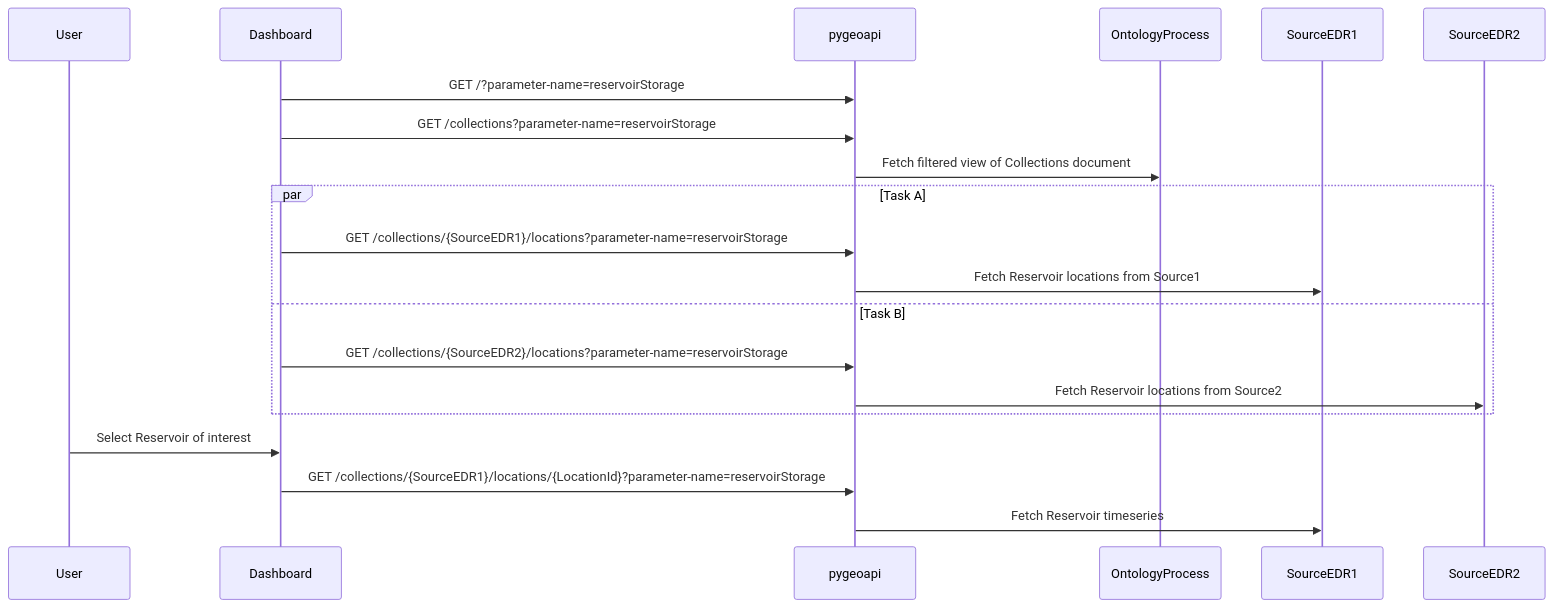
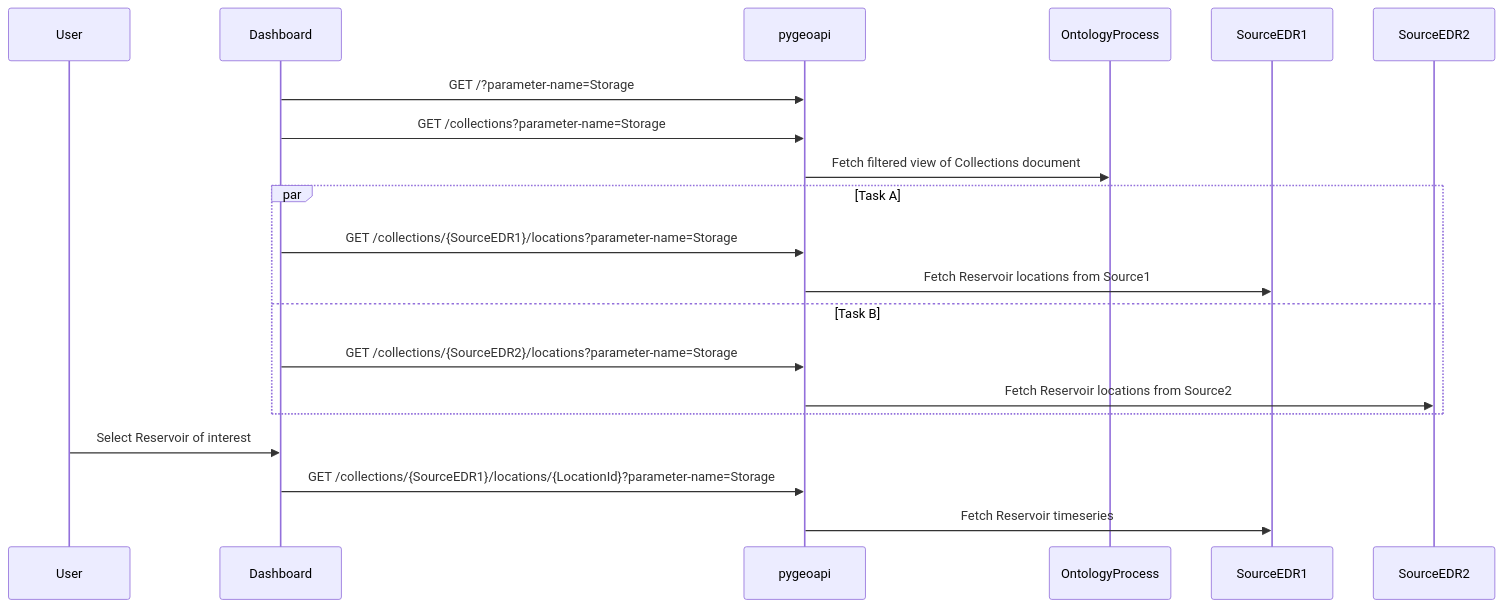
One commit to internetofwater/Western-Water-Datahub changed the third of 4 diagrams in docs/ontology.md. Above: the diagram before and after it, drawn with Mermaid. The commit also changed other lines of this file and 2 other files, not shown here.

Commit message:
Update ontology terms

````diff
--- a/docs/ontology.md
+++ b/docs/ontology.md
@@ -52,28 +52,28 @@
 ```mermaid
 sequenceDiagram
     participant User
     participant Dashboard
     participant pygeoapi
     participant OntologyProcess
     participant SourceEDR1
     participant SourceEDR2
 
     %% Initial discovery via process execution
-    Dashboard->>pygeoapi: GET /?parameter-name=reservoirStorage
-    Dashboard->>pygeoapi: GET /collections?parameter-name=reservoirStorage
+    Dashboard->>pygeoapi: GET /?parameter-name=Storage
+    Dashboard->>pygeoapi: GET /collections?parameter-name=Storage
     pygeoapi->>OntologyProcess: Fetch filtered view of Collections document
 
     %% Loop over URLs to GeoJSON of Reservoirs
     par Task A
-        Dashboard->>pygeoapi: GET /collections/{SourceEDR1}/locations?parameter-name=reservoirStorage
+        Dashboard->>pygeoapi: GET /collections/{SourceEDR1}/locations?parameter-name=Storage
         pygeoapi->>SourceEDR1: Fetch Reservoir locations from Source1
     and Task B
-        Dashboard->>pygeoapi: GET /collections/{SourceEDR2}/locations?parameter-name=reservoirStorage
+        Dashboard->>pygeoapi: GET /collections/{SourceEDR2}/locations?parameter-name=Storage
         pygeoapi->>SourceEDR2: Fetch Reservoir locations from Source2
 
     end
 
     User->>Dashboard: Select Reservoir of interest
-    Dashboard->>pygeoapi: GET /collections/{SourceEDR1}/locations/{LocationId}?parameter-name=reservoirStorage
+    Dashboard->>pygeoapi: GET /collections/{SourceEDR1}/locations/{LocationId}?parameter-name=Storage
     pygeoapi->>SourceEDR1: Fetch Reservoir timeseries
 ```
````
